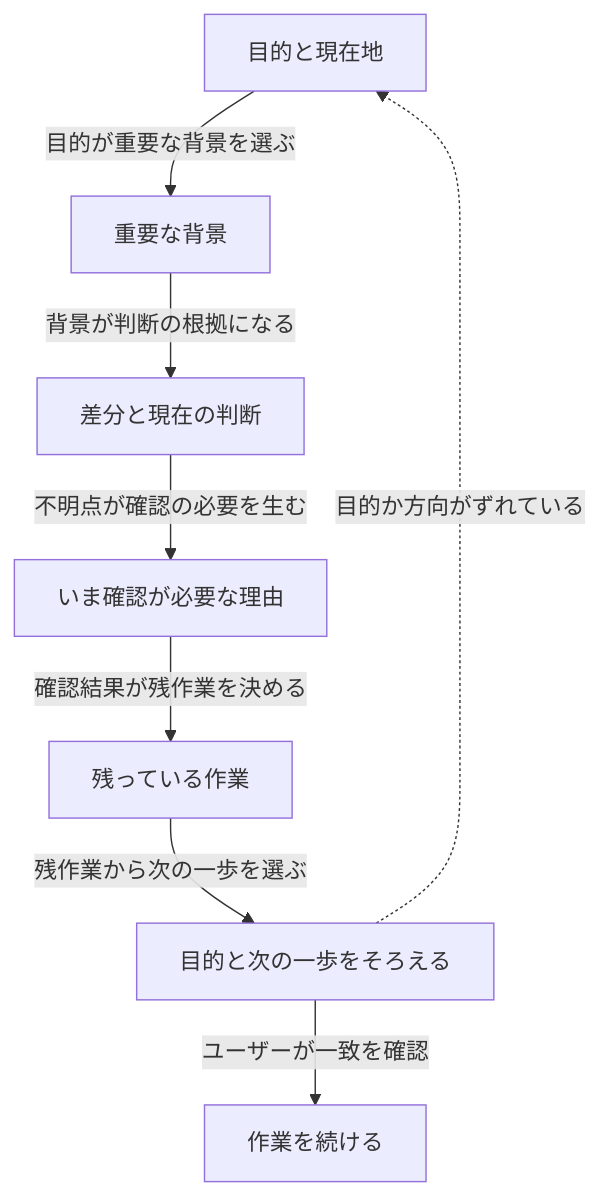
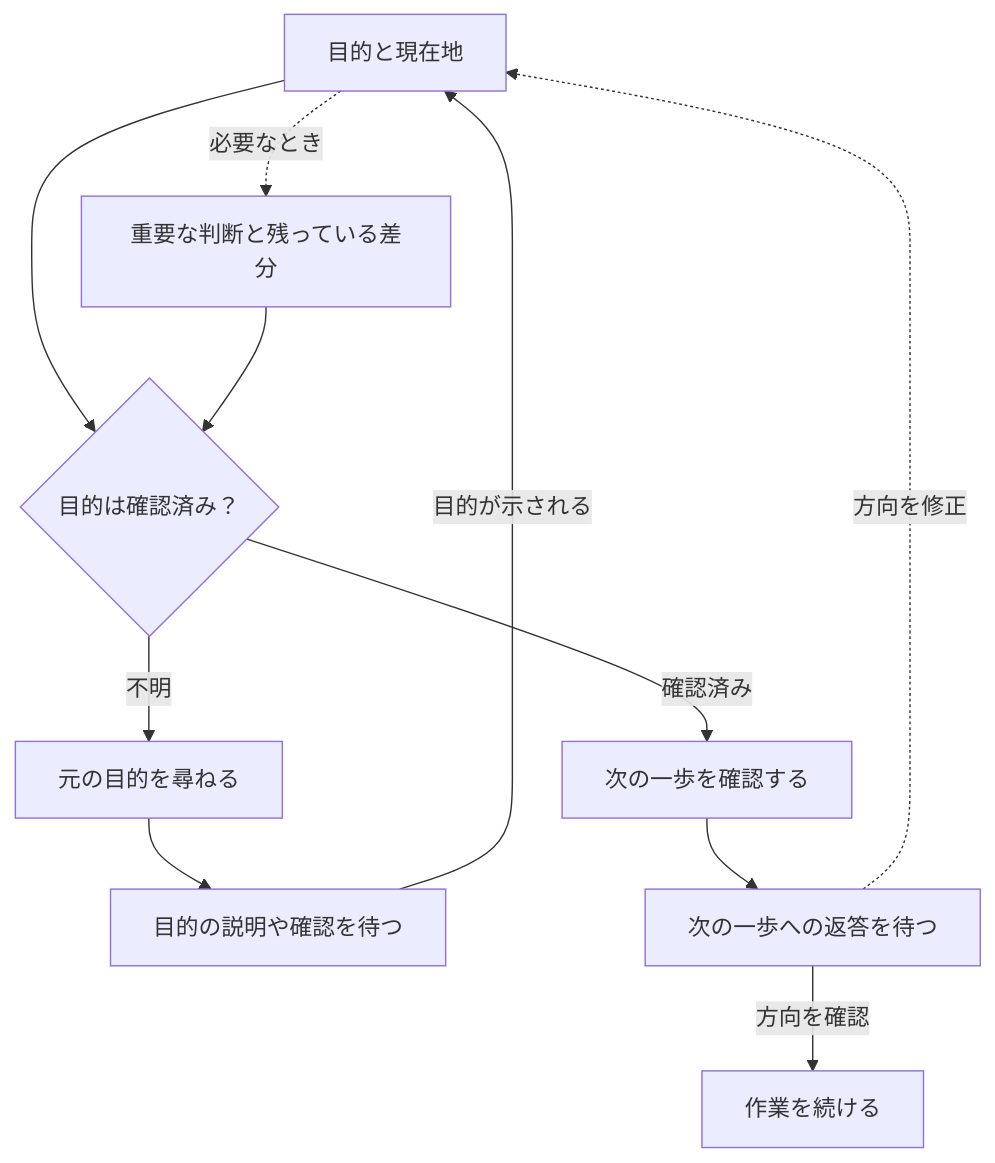
One commit to kouko/loom-plugins changed the diagram in loom-workflow/skills/recap-state/README.ja.md. Above: the diagram before and after it, drawn with Mermaid. The commit also changed other lines of this file and 24 other files, not shown here.

````diff
--- a/loom-workflow/skills/recap-state/README.ja.md
+++ b/loom-workflow/skills/recap-state/README.ja.md
@@ -30,10 +30,13 @@
 ```mermaid
 graph TB
-    Purpose["目的と現在地"] -->|"目的が重要な背景を選ぶ"| Background["重要な背景"]
-    Background -->|"背景が判断の根拠になる"| Assessment["差分と現在の判断"]
-    Assessment -->|"不明点が確認の必要を生む"| Question["いま確認が必要な理由"]
-    Question -->|"確認結果が残作業を決める"| Pending["残っている作業"]
-    Pending -->|"残作業から次の一歩を選ぶ"| Alignment["目的と次の一歩をそろえる"]
-    Alignment -.->|"目的か方向がずれている"| Purpose
-    Alignment -->|"ユーザーが一致を確認"| Continue["作業を続ける"]
+    Purpose["目的と現在地"] --> Check{"目的は確認済み？"}
+    Purpose -.->|"必要なとき"| History["重要な判断と残っている差分"]
+    History --> Check
+    Check -->|"不明"| AskPurpose["元の目的を尋ねる"]
+    Check -->|"確認済み"| Next["次の一歩を確認する"]
+    AskPurpose --> WaitPurpose["目的の説明や確認を待つ"]
+    Next --> WaitNext["次の一歩への返答を待つ"]
+    WaitPurpose -->|"目的が示される"| Purpose
+    WaitNext -.->|"方向を修正"| Purpose
+    WaitNext -->|"方向を確認"| Continue["作業を続ける"]
 ```
````
